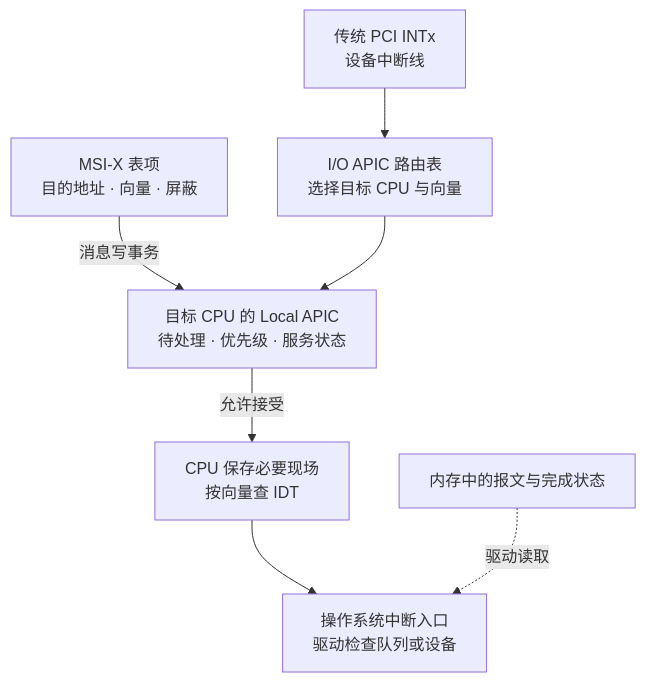
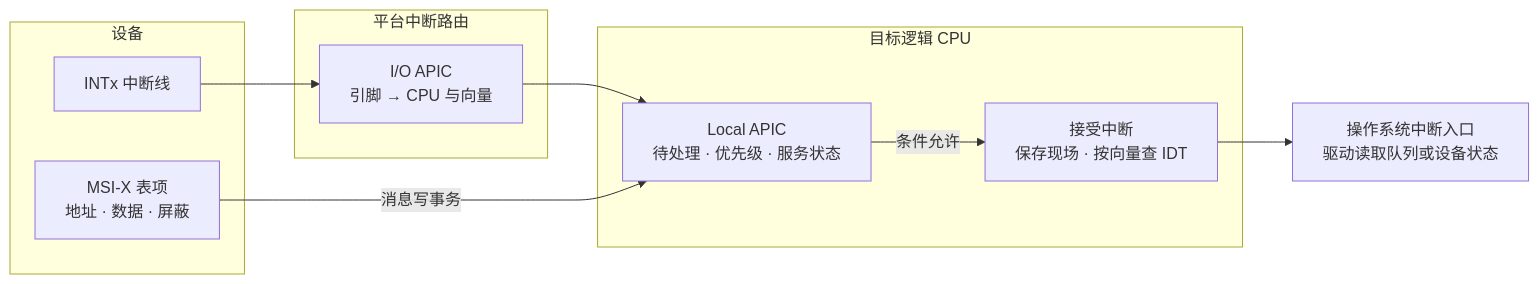
Before and after one commit to taifuer/virt_report: the diagram in virt_report/content/diagrams/interrupt-controller-paths.mmd, drawn with Mermaid. The commit also changed 148 other files, not shown here.

```diff
--- a/virt_report/content/diagrams/interrupt-controller-paths.mmd
+++ b/virt_report/content/diagrams/interrupt-controller-paths.mmd
@@ -1,9 +1,18 @@
-flowchart TB
-  accTitle: 中断线与 MSI-X 消息的接收路径
-  accDescr: 引脚中断经 I/O APIC 路由，MSI-X 用设备表项配置消息，两条路径到达目标 Local APIC，再由 CPU 在接受条件满足后进入 IDT 中的处理入口。数据在独立缓冲区中。
-  PIN["传统 PCI INTx<br/>设备中断线"] --> IO["I/O APIC 路由表<br/>选择目标 CPU 与向量"]
-  MSG["MSI-X 表项<br/>目的地址 · 向量 · 屏蔽"] -->|消息写事务| LAPIC["目标 CPU 的 Local APIC<br/>待处理 · 优先级 · 服务状态"]
-  IO --> LAPIC
-  LAPIC -->|允许接受| CPU["CPU 保存必要现场<br/>按向量查 IDT"]
-  CPU --> DRIVER["操作系统中断入口<br/>驱动检查队列或设备"]
-  DATA["内存中的报文与完成状态"] -.->|驱动读取| DRIVER
+flowchart LR
+  accTitle: 设备、平台与 CPU 中的中断路径
+  accDescr: 按物理组件分组。设备的 INTx 引脚经平台 I/O APIC 路由，MSI-X 消息直接指向目标 LAPIC；CPU 接受中断后按 IDT 进入操作系统处理入口。图中省略总线和可能存在的中断重映射。
+  subgraph DEVICE["设备"]
+    PIN["INTx 中断线"]
+    MSG["MSI-X 表项<br/>地址 · 数据 · 屏蔽"]
+  end
+  subgraph PLATFORM["平台中断路由"]
+    IO["I/O APIC<br/>引脚 → CPU 与向量"]
+  end
+  subgraph PROCESSOR["目标逻辑 CPU"]
+    LAPIC["Local APIC<br/>待处理 · 优先级 · 服务状态"]
+    CPU["接受中断<br/>保存现场 · 按向量查 IDT"]
+  end
+  DRIVER["操作系统中断入口<br/>驱动读取队列或设备状态"]
+  PIN --> IO --> LAPIC
+  MSG -->|消息写事务| LAPIC
+  LAPIC -->|条件允许| CPU --> DRIVER
```
